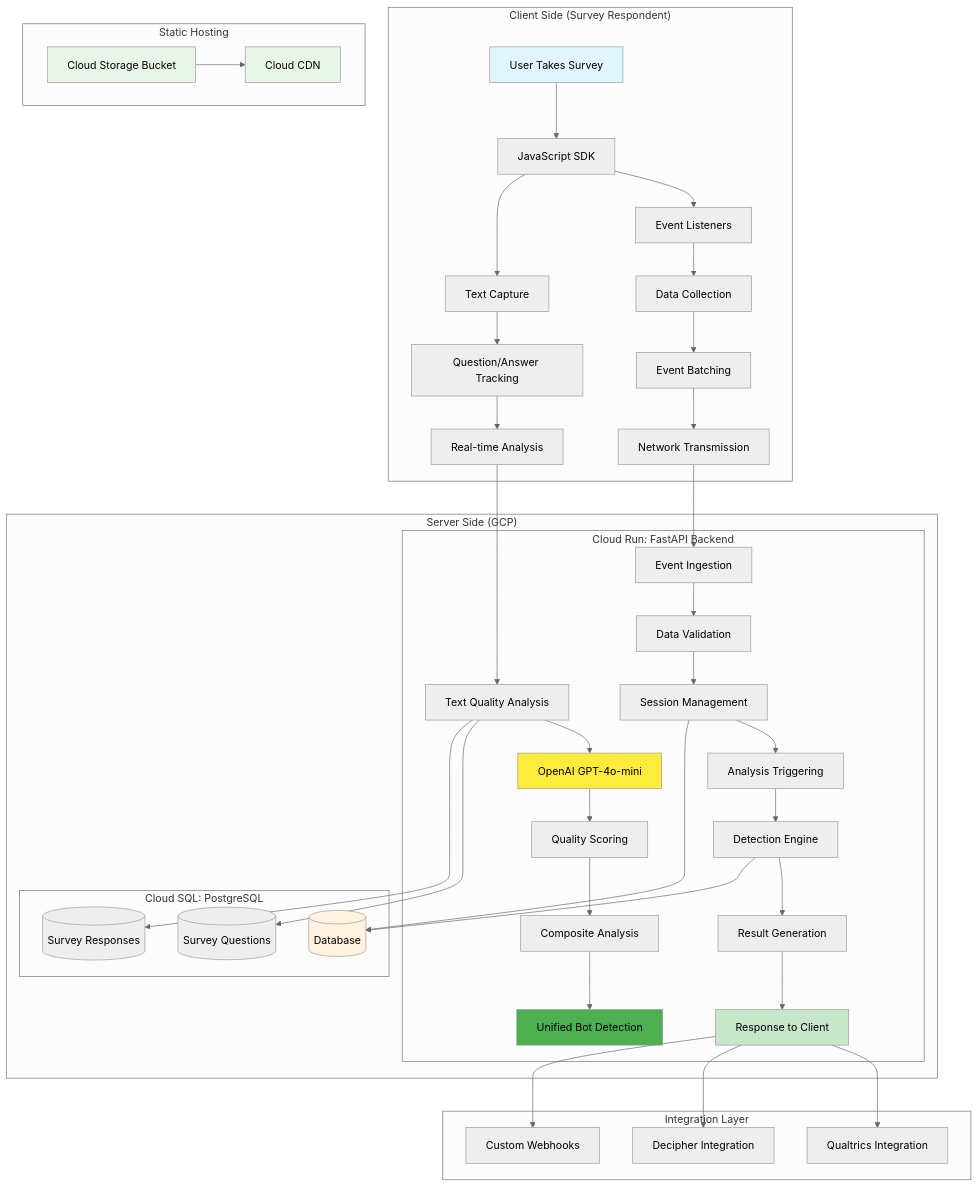
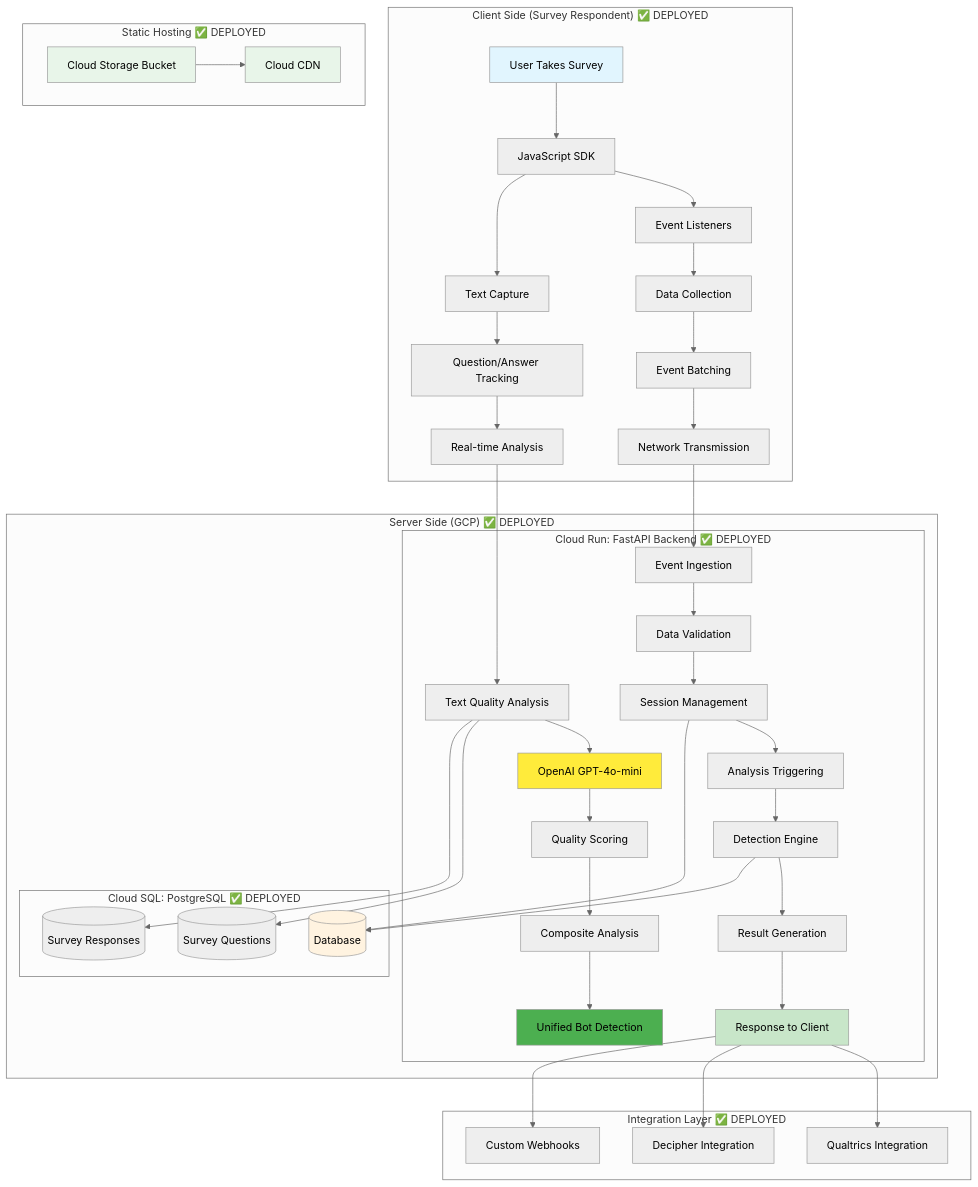
One commit to halderavik/bot_detection_live changed the first of 10 diagrams in bot_detection_flow.md. Above: the diagram before and after it, drawn with Mermaid (neutral theme). The commit also changed other lines of this file and 1 other file, not shown here.

Commit message:
Update architecture docs with deployment status indicators (DEPLOYED/PLANNED/PARTIAL)

````diff
--- a/bot_detection_flow.md
+++ b/bot_detection_flow.md
@@ -18,62 +37,62 @@
 ```mermaid
 graph TB
-    subgraph "Client Side (Survey Respondent)"
+    subgraph "Client Side (Survey Respondent) ✅ DEPLOYED"
         A[User Takes Survey] --> B[JavaScript SDK]
         B --> C[Event Listeners]
         C --> D[Data Collection]
         D --> E[Event Batching]
         E --> F[Network Transmission]
         B --> T[Text Capture]
         T --> U[Question/Answer Tracking]
         U --> V[Real-time Analysis]
     end
     
-    subgraph "Server Side (GCP)"
-        subgraph "Cloud Run: FastAPI Backend"
+    subgraph "Server Side (GCP) ✅ DEPLOYED"
+        subgraph "Cloud Run: FastAPI Backend ✅ DEPLOYED"
             F --> G[Event Ingestion]
             G --> H[Data Validation]
             H --> I[Session Management]
             I --> J[Analysis Triggering]
             J --> K[Detection Engine]
             K --> L[Result Generation]
             L --> M[Response to Client]
             V --> W[Text Quality Analysis]
             W --> X[OpenAI GPT-4o-mini]
             X --> Y[Quality Scoring]
             Y --> Z[Composite Analysis]
             Z --> AA[Unified Bot Detection]
         end
-        subgraph "Cloud SQL: PostgreSQL"
+        subgraph "Cloud SQL: PostgreSQL ✅ DEPLOYED"
             N[(Database)]
             BB[(Survey Questions)]
             CC[(Survey Responses)]
         end
         I --> N
         K --> N
         W --> BB
         W --> CC
     end
     
-    subgraph "Static Hosting"
+    subgraph "Static Hosting ✅ DEPLOYED"
         R[Cloud Storage Bucket]
         S[Cloud CDN]
         R --> S
     end
     
-    subgraph "Integration Layer"
+    subgraph "Integration Layer ✅ DEPLOYED"
         O[Qualtrics Integration]
         P[Decipher Integration]
         Q[Custom Webhooks]
         M --> O
         M --> P
         M --> Q
     end
     
     style A fill:#e1f5fe
     style M fill:#c8e6c9
     style N fill:#fff3e0
     style R fill:#e8f5e9
     style S fill:#e8f5e9
     style X fill:#ffeb3b
     style AA fill:#4caf50
 ```
````
